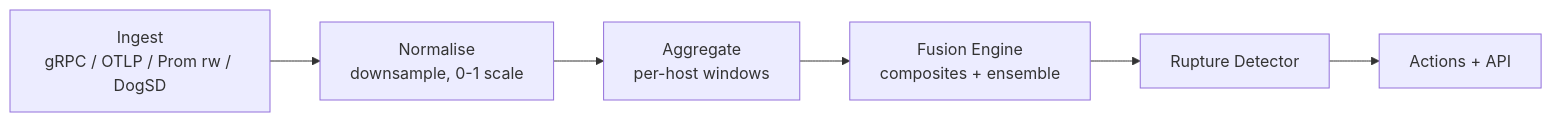
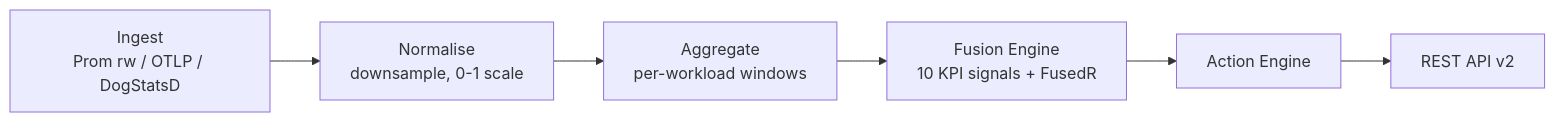
Before and after one commit to benfradjselim/ruptura: the diagram in site/docs/architecture/pipelines.md, drawn with Mermaid. The commit also changed other lines of this file and 29 other files, not shown here.

````diff
--- a/site/docs/architecture/pipelines.md
+++ b/site/docs/architecture/pipelines.md
@@ -7,8 +7,8 @@
 ```mermaid
 graph LR
-    A["Ingest\ngRPC / OTLP / Prom rw / DogSD"] --> B["Normalise\ndownsample, 0-1 scale"]
-    B --> C["Aggregate\nper-host windows"]
-    C --> D["Fusion Engine\ncomposites + ensemble"]
-    D --> E["Rupture Detector"]
-    E --> F["Actions + API"]
+    A["Ingest\nProm rw / OTLP / DogStatsD"] --> B["Normalise\ndownsample, 0-1 scale"]
+    B --> C["Aggregate\nper-workload windows"]
+    C --> D["Fusion Engine\n10 KPI signals + FusedR"]
+    D --> E["Action Engine"]
+    E --> F["REST API v2"]
 ```
````
